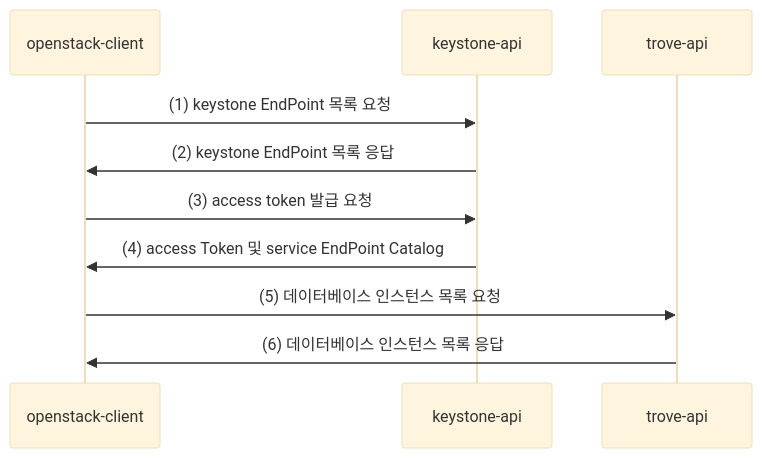
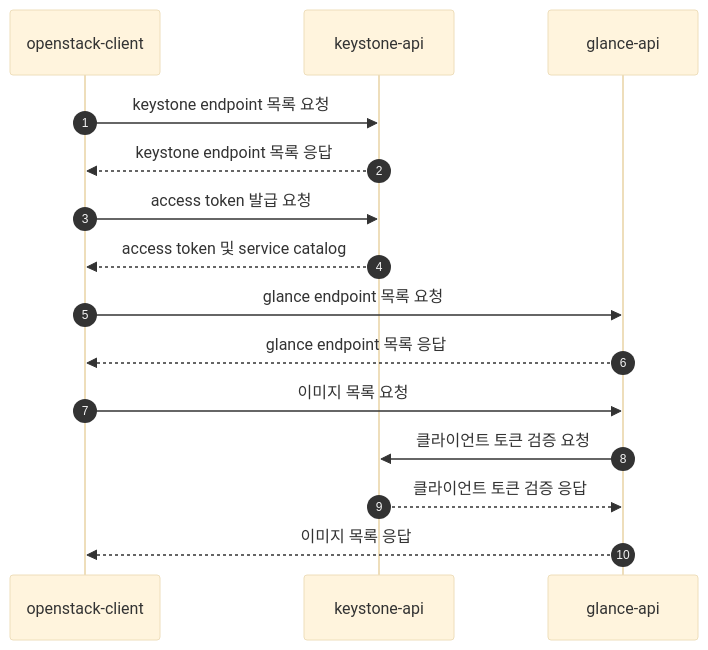
Before and after one commit to jade-kinx/jade-kinx.github.io: the diagram in docs/openstack/debugging/python-openstackclient-with-requests-dump.md, drawn with Mermaid (base theme). The commit also changed other lines of this file and 1 other file, not shown here.

````diff
--- a/docs/openstack/debugging/python-openstackclient-with-requests-dump.md
+++ b/docs/openstack/debugging/python-openstackclient-with-requests-dump.md
@@ -719,9 +1120,17 @@
 ``` mermaid
 sequenceDiagram
-  openstack-client->>keystone-api: (1) keystone EndPoint 목록 요청
-  keystone-api->>openstack-client: (2) keystone EndPoint 목록 응답
-  openstack-client->>keystone-api: (3) access token 발급 요청
-  keystone-api->>openstack-client: (4) access Token 및 service EndPoint Catalog
-  openstack-client->>trove-api: (5) 데이터베이스 인스턴스 목록 요청
-  trove-api->>openstack-client: (6) 데이터베이스 인스턴스 목록 응답
+  autonumber
+  participant client as openstack-client
+  participant keystone as keystone-api
+  participant glance as glance-api
+  client->>keystone: keystone endpoint 목록 요청
+  keystone-->>client: keystone endpoint 목록 응답
+  client->>keystone: access token 발급 요청
+  keystone-->>client: access token 및 service catalog
+  client->>glance: glance endpoint 목록 요청
+  glance-->>client: glance endpoint 목록 응답
+  client->>glance: 이미지 목록 요청
+  glance->>keystone: 클라이언트 토큰 검증 요청
+  keystone-->>glance: 클라이언트 토큰 검증 응답
+  glance-->>client: 이미지 목록 응답
 ```
````
